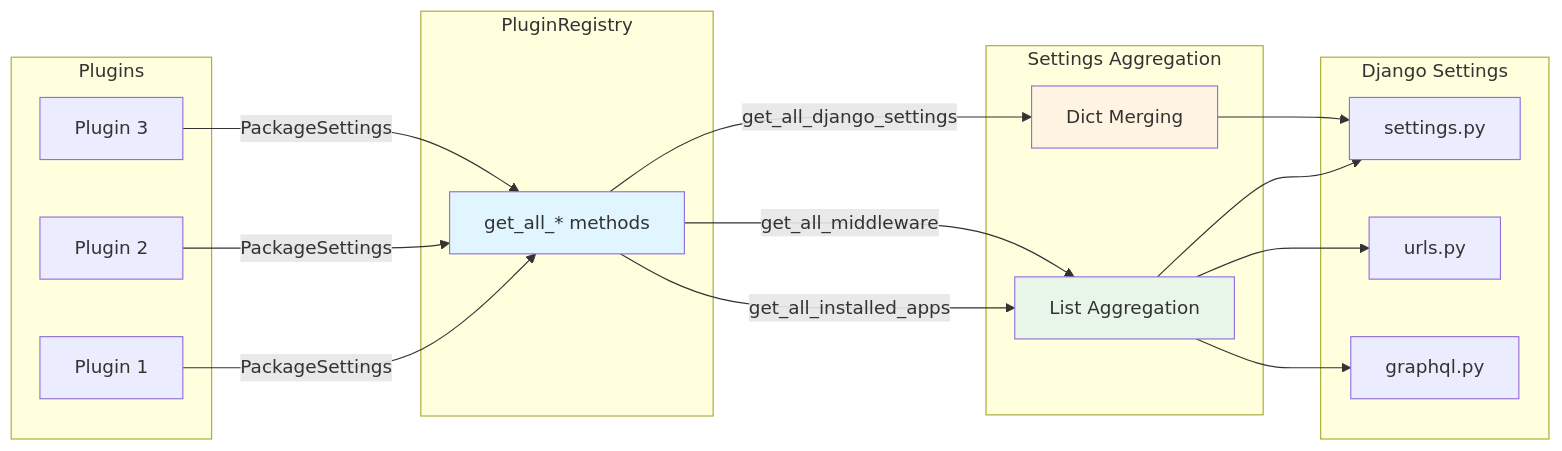
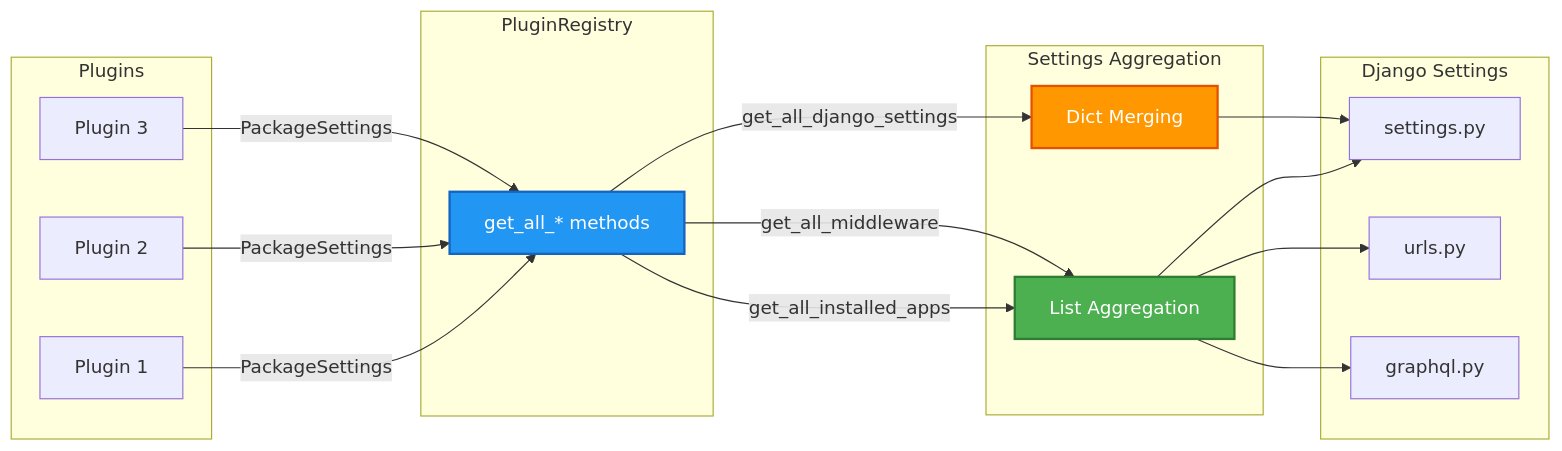
The third of 8 diagrams in PLUGIN_ARCHITECTURE.md (silverlogic/baseapp-backend), drawn with Mermaid before and after one commit. The commit also changed other lines of this file, not shown here.

````diff
--- a/PLUGIN_ARCHITECTURE.md
+++ b/PLUGIN_ARCHITECTURE.md
@@ -271,40 +271,40 @@
 ```mermaid
 graph LR
     subgraph "Plugins"
         P1[Plugin 1]
         P2[Plugin 2]
         P3[Plugin 3]
     end
     
     subgraph "PluginRegistry"
         PR[get_all_* methods]
     end
     
     subgraph "Settings Aggregation"
         LA[List Aggregation]
         DM[Dict Merging]
     end
     
     subgraph "Django Settings"
         DS[settings.py]
         URL[urls.py]
         GQ[graphql.py]
     end
     
     P1 -->|PackageSettings| PR
     P2 -->|PackageSettings| PR
     P3 -->|PackageSettings| PR
     
     PR -->|get_all_installed_apps| LA
     PR -->|get_all_middleware| LA
     PR -->|get_all_django_settings| DM
     
     LA --> DS
     DM --> DS
     LA --> URL
     LA --> GQ
     
-    style PR fill:#e1f5ff
-    style LA fill:#e8f5e9
-    style DM fill:#fff4e1
+    style PR fill:#2196F3,stroke:#1565C0,stroke-width:2px,color:#fff
+    style LA fill:#4CAF50,stroke:#2E7D32,stroke-width:2px,color:#fff
+    style DM fill:#FF9800,stroke:#E65100,stroke-width:2px,color:#fff
 ```
````
